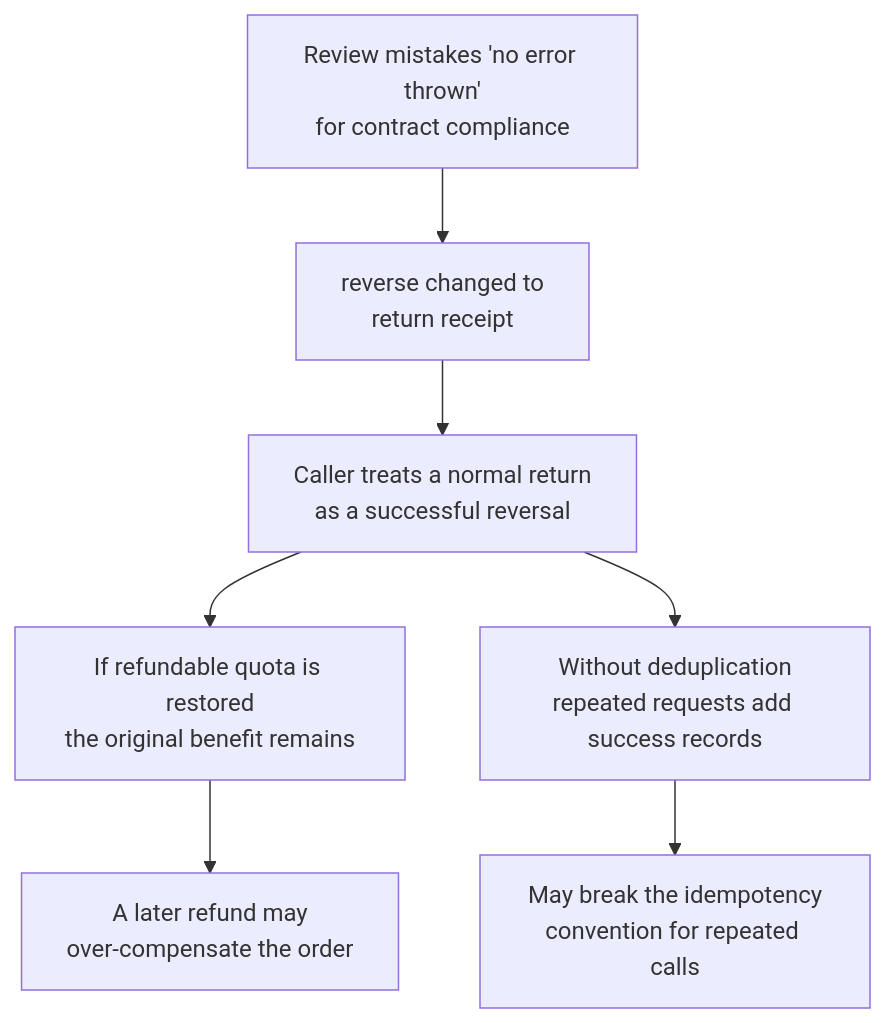
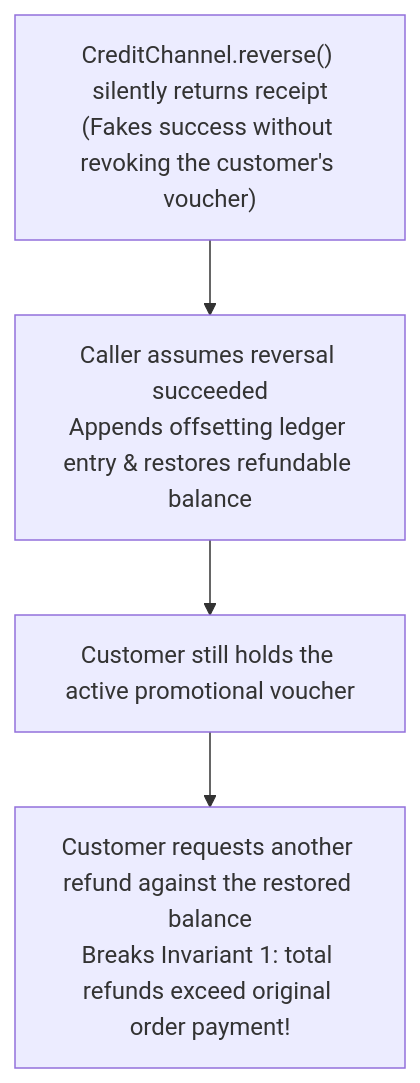
Before and after one commit to ffzz/blog: the first of 2 diagrams in src/content/notes/en/liskov-what-the-signature-does-not-check.md, drawn with Mermaid. The commit also changed other lines of this file and 16 other files, not shown here.

````diff
--- a/src/content/notes/en/liskov-what-the-signature-does-not-check.md
+++ b/src/content/notes/en/liskov-what-the-signature-does-not-check.md
@@ -198,9 +143,6 @@
 ```mermaid
 flowchart TB
-    A["Review mistakes 'no error thrown'<br/>for contract compliance"] --> B["reverse changed to<br/>return receipt"]
-    B --> C["Caller treats a normal return<br/>as a successful reversal"]
-    C --> D["If refundable quota is restored<br/>the original benefit remains"]
-    C --> E["Without deduplication<br/>repeated requests add success records"]
-    D --> F["A later refund may<br/>over-compensate the order"]
-    E --> G["May break the idempotency<br/>convention for repeated calls"]
+    A["CreditChannel.reverse() silently returns receipt<br/>(Fakes success without revoking the customer's voucher)"] --> B["Caller assumes reversal succeeded<br/>Appends offsetting ledger entry & restores refundable balance"]
+    B --> C["Customer still holds the active promotional voucher"]
+    C --> D["Customer requests another refund against the restored balance<br/>Breaks Invariant 1: total refunds exceed original order payment!"]
 ```
````
